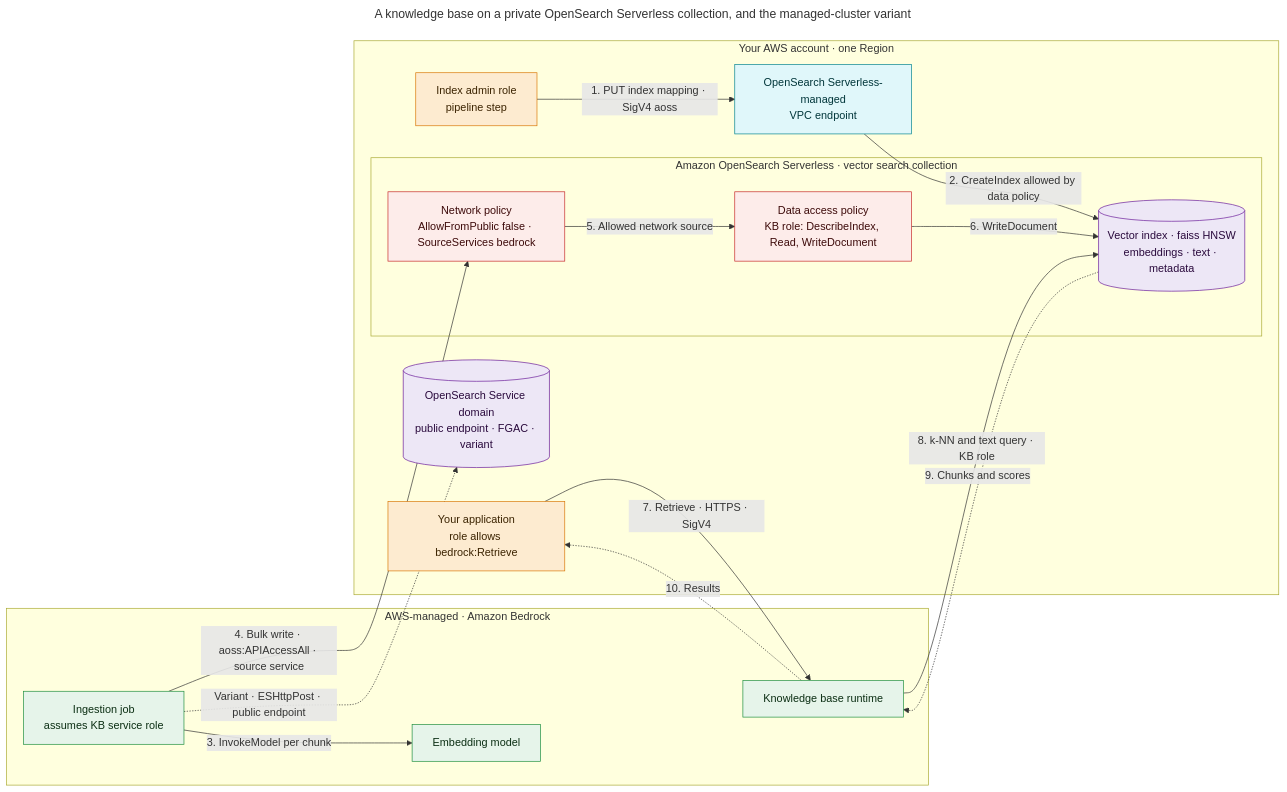
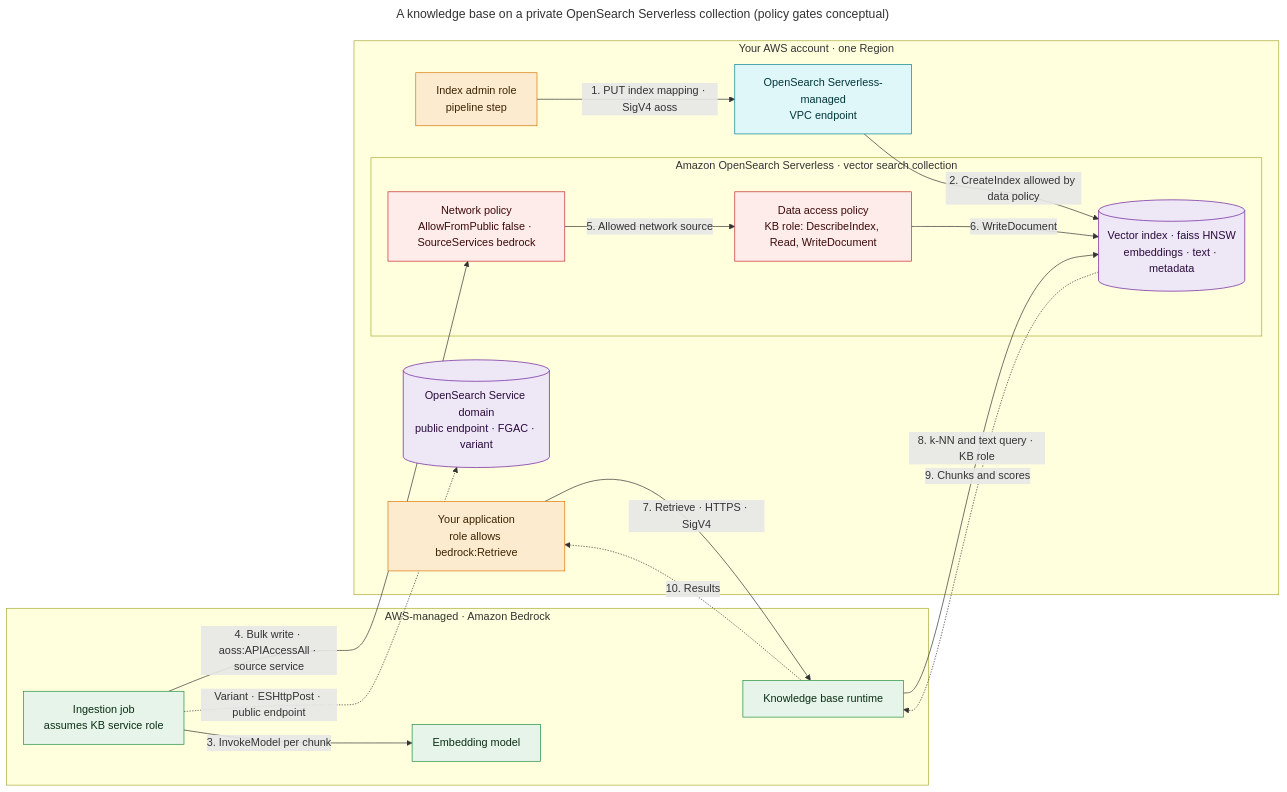
The diagram in aws-bedrock-architecture-academy/02-related-aws-services/databases/01-opensearch.md (sunilgogineni/terraform-aws-lambda-function), drawn with Mermaid before and after one commit. The commit also changed other lines of this file and 7 other files, not shown here.

````diff
--- a/aws-bedrock-architecture-academy/02-related-aws-services/databases/01-opensearch.md
+++ b/aws-bedrock-architecture-academy/02-related-aws-services/databases/01-opensearch.md
@@ -108,40 +108,40 @@
 ```mermaid
 ---
-title: A knowledge base on a private OpenSearch Serverless collection, and the managed-cluster variant
+title: A knowledge base on a private OpenSearch Serverless collection (policy gates conceptual)
 ---
 flowchart LR
     subgraph account["Your AWS account · one Region"]
         app["Your application<br/>role allows bedrock:Retrieve"]:::compute
         admin["Index admin role<br/>pipeline step"]:::compute
         vpce["OpenSearch Serverless-managed<br/>VPC endpoint"]:::edge
         subgraph aoss["Amazon OpenSearch Serverless · vector search collection"]
             netpol["Network policy<br/>AllowFromPublic false · SourceServices bedrock"]:::security
             dap["Data access policy<br/>KB role: DescribeIndex, Read, WriteDocument"]:::security
             index[("Vector index · faiss HNSW<br/>embeddings · text · metadata")]:::data
         end
         domain[("OpenSearch Service domain<br/>public endpoint · FGAC · variant")]:::data
     end
     subgraph managed["AWS-managed · Amazon Bedrock"]
         ingest["Ingestion job<br/>assumes KB service role"]:::ai
         runtime["Knowledge base runtime"]:::ai
         embed["Embedding model"]:::ai
     end
 
     admin -- "1. PUT index mapping · SigV4 aoss" --> vpce
     vpce -- "2. CreateIndex allowed by data policy" --> index
     ingest -- "3. InvokeModel per chunk" --> embed
     ingest -- "4. Bulk write · aoss:APIAccessAll · source service" --> netpol
     netpol -- "5. Allowed network source" --> dap
     dap -- "6. WriteDocument" --> index
     app -- "7. Retrieve · HTTPS · SigV4" --> runtime
     runtime -- "8. k-NN and text query · KB role" --> index
     index -. "9. Chunks and scores" .-> runtime
     runtime -. "10. Results" .-> app
     ingest -. "Variant · ESHttpPost · public endpoint" .-> domain
 
     classDef compute  fill:#FDEBD0,stroke:#D97706,color:#3B2300
     classDef edge     fill:#E0F7FA,stroke:#00838F,color:#00363A
     classDef ai       fill:#E6F4EA,stroke:#1E8E3E,color:#0B2E13
     classDef data     fill:#EDE7F6,stroke:#6A1B9A,color:#2A0A3D
     classDef security fill:#FDECEA,stroke:#C62828,color:#3D0A0A
 ```
````
